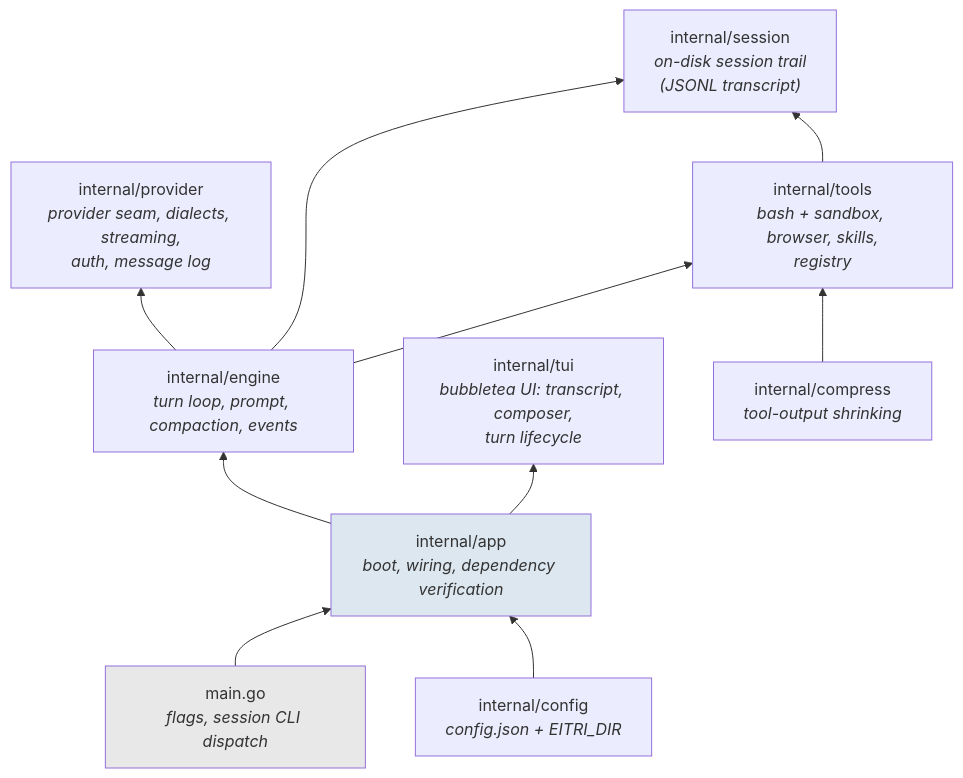
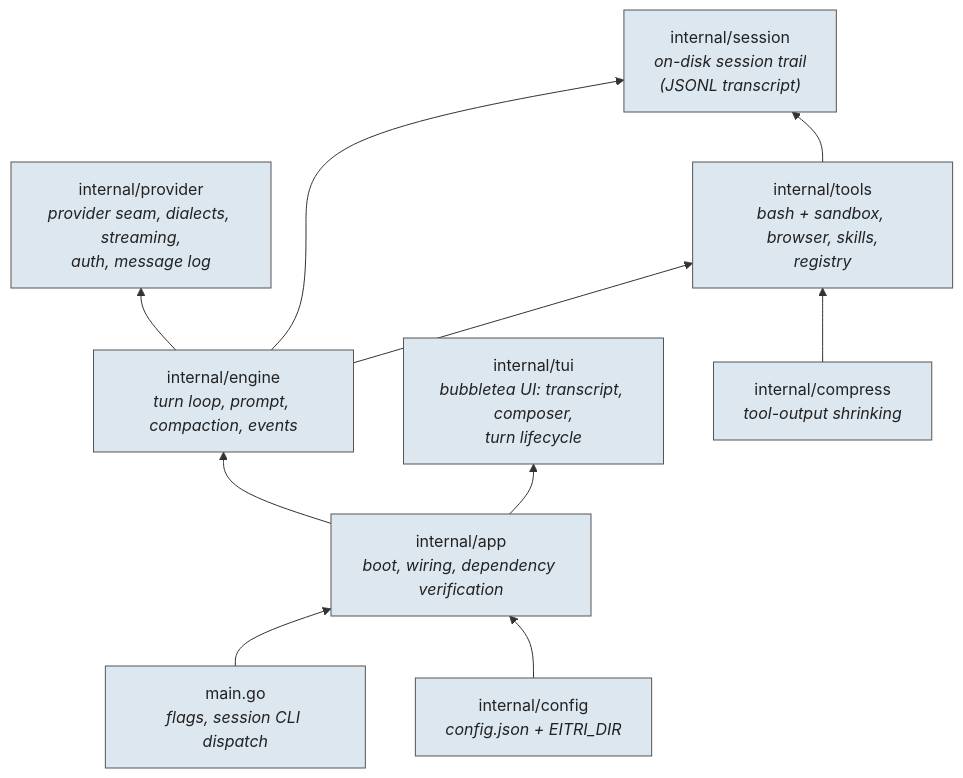
Before and after one commit to glemsom/eitri: the diagram in ARCHITECTURE.md, drawn with Mermaid.

Commit message:
docs: unify ARCHITECTURE.md mermaid node colors

````diff
--- a/ARCHITECTURE.md
+++ b/ARCHITECTURE.md
@@ -7,18 +7,20 @@
 ```mermaid
 flowchart BT
     main["main.go<br><i>flags, session CLI dispatch</i>"] --> app["internal/app<br><i>boot, wiring, dependency verification</i>"]
     config["internal/config<br><i>config.json + EITRI_DIR</i>"] --> app
 
     app --> engine["internal/engine<br><i>turn loop, prompt, compaction, events</i>"]
     app --> tui["internal/tui<br><i>bubbletea UI: transcript, composer,<br>turn lifecycle</i>"]
 
     engine --> provider["internal/provider<br><i>provider seam, dialects, streaming,<br>auth, message log</i>"]
     engine --> tools["internal/tools<br><i>bash + sandbox, browser, skills,<br>registry</i>"]
     engine --> session["internal/session<br><i>on-disk session trail<br>(JSONL transcript)</i>"]
     tools --> session
 
     compress["internal/compress<br><i>tool-output shrinking</i>"] --> tools
 
-    style main fill:#e8e8e8
+    style main fill:#dde7f0
     style app fill:#dde7f0
+    classDef node fill:#dde7f0,stroke:#555,color:#222
+    class main,app,config,engine,tui,provider,tools,session,compress node
 ```
````
